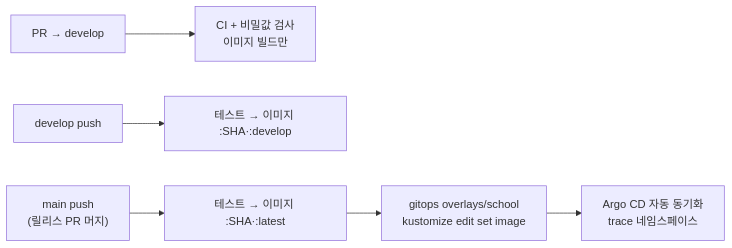
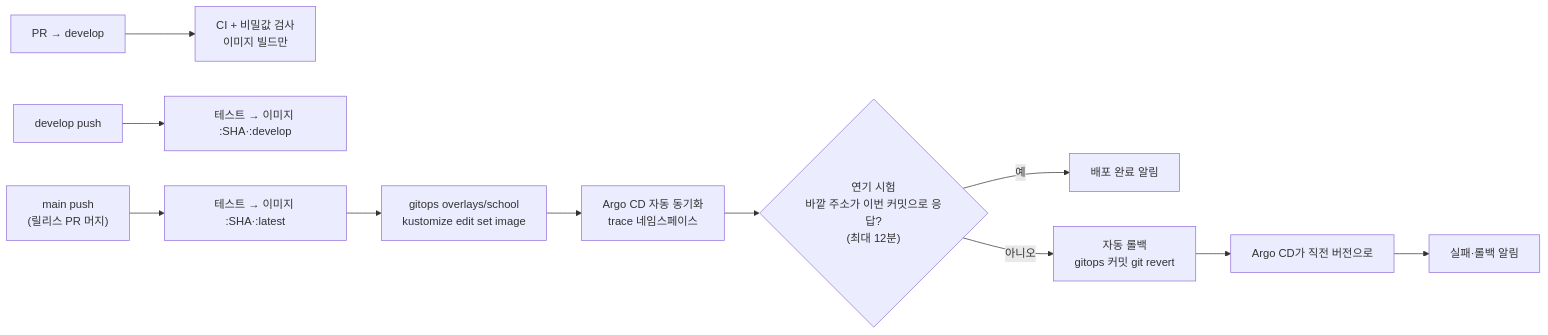
The diagram in cicd.md (GAKDO/docs), drawn with Mermaid before and after one commit. The commit also changed other lines of this file and 3 other files, not shown here.

````diff
--- a/cicd.md
+++ b/cicd.md
@@ -29,8 +29,12 @@
 ```mermaid
 flowchart LR
   pr["PR → develop"] --> ci["CI + 비밀값 검사<br/>이미지 빌드만"]
   dev["develop push"] --> img1["테스트 → 이미지 :SHA·:develop"]
   main["main push<br/>(릴리스 PR 머지)"] --> img2["테스트 → 이미지 :SHA·:latest"]
   img2 --> bump["gitops overlays/school<br/>kustomize edit set image"]
   bump --> argo["Argo CD 자동 동기화<br/>trace 네임스페이스"]
+  argo --> smoke{"연기 시험<br/>바깥 주소가 이번 커밋으로 응답?<br/>(최대 12분)"}
+  smoke -- 예 --> ok["배포 완료 알림"]
+  smoke -- 아니오 --> rb["자동 롤백<br/>gitops 커밋 git revert"]
+  rb --> argo2["Argo CD가 직전 버전으로"] --> fail["실패·롤백 알림"]
 ```
````
